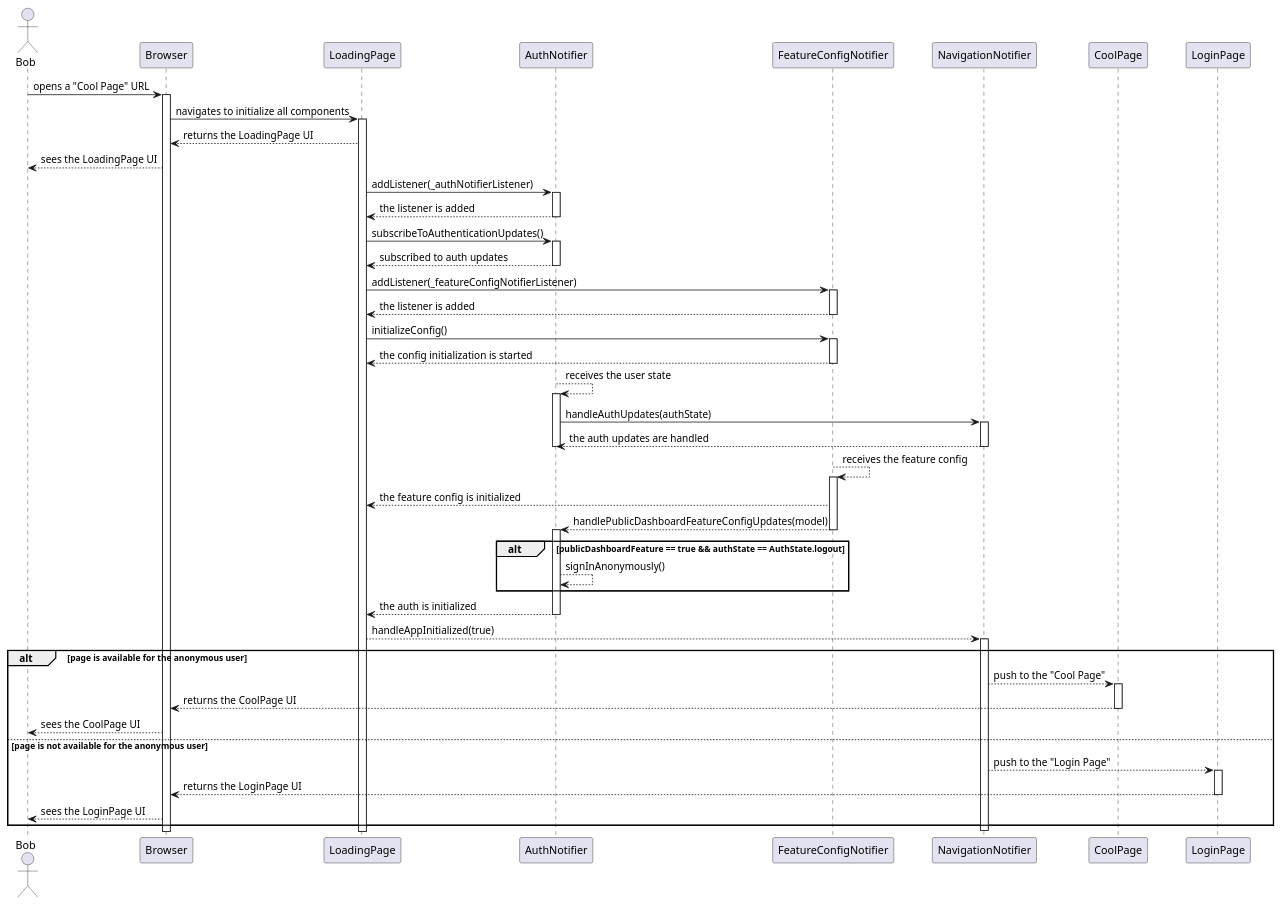
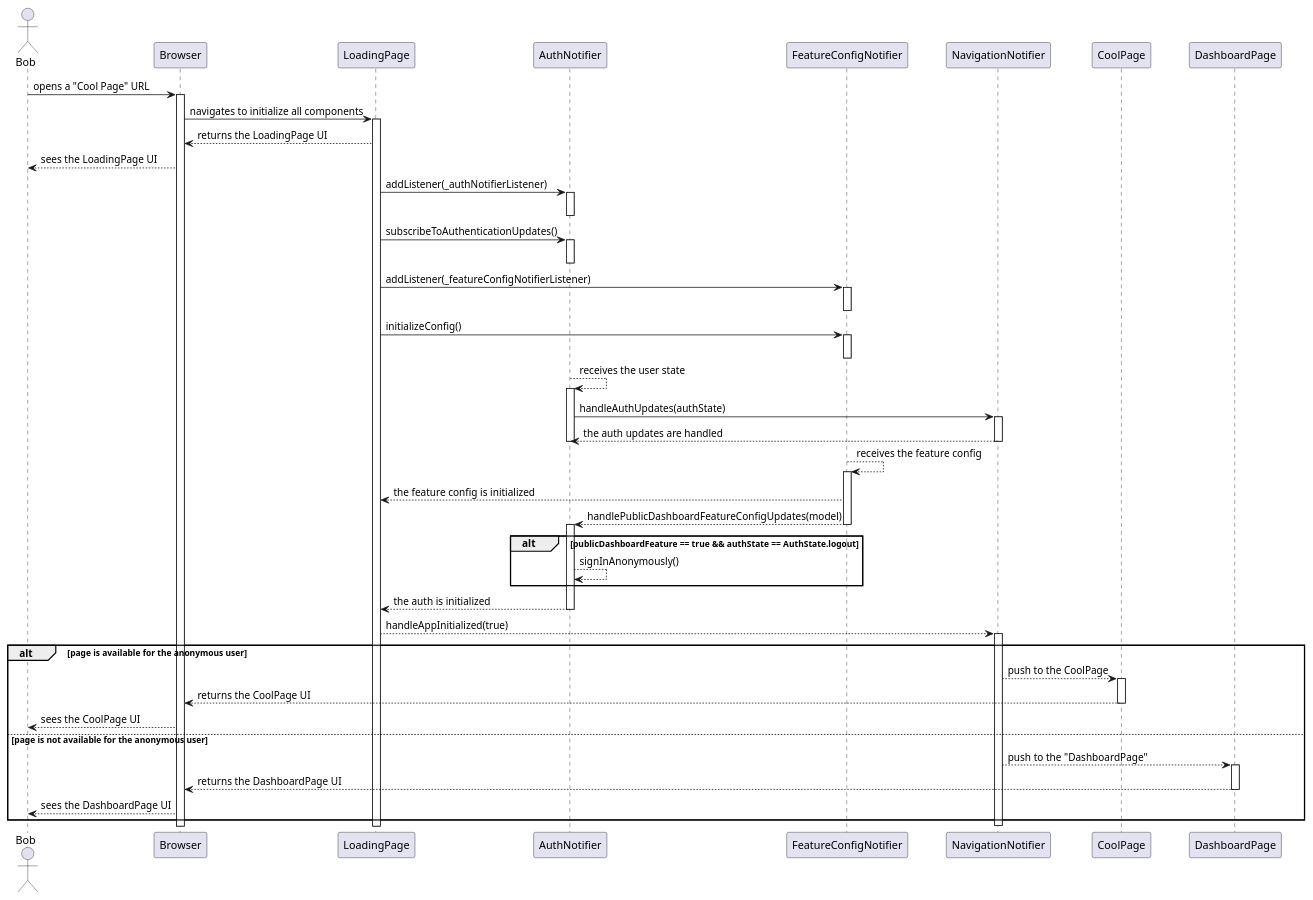
Before and after one commit to Flank/flank-dashboard: the diagram in metrics/web/docs/features/public_dashboard/diagrams/public_dashboard_sequence_diagram.puml, drawn with PlantUML. The commit also changed 3 other files, not shown here.

```diff
--- a/metrics/web/docs/features/public_dashboard/diagrams/public_dashboard_sequence_diagram.puml
+++ b/metrics/web/docs/features/public_dashboard/diagrams/public_dashboard_sequence_diagram.puml
@@ -1,60 +1,59 @@
 @startuml public_dashboard_sequence_diagram
 
 skinparam ParticipantPadding 20
 skinparam BoxPadding 10
 
 actor Bob
 
 participant Browser
 participant LoadingPage
 participant AuthNotifier
 participant FeatureConfigNotifier
 participant NavigationNotifier
 participant CoolPage
-participant LoginPage
+participant DashboardPage
 
 Bob -> Browser ++:  opens a "Cool Page" URL
 Browser -> LoadingPage ++: navigates to initialize all components
 LoadingPage --> Browser: returns the LoadingPage UI
 Browser --> Bob: sees the LoadingPage UI
 
 LoadingPage -> AuthNotifier ++: addListener(_authNotifierListener)
-AuthNotifier --> LoadingPage --: the listener is added
+AuthNotifier --
 LoadingPage -> AuthNotifier ++: subscribeToAuthenticationUpdates()
-AuthNotifier --> LoadingPage --: subscribed to auth updates
-
+AuthNotifier --
 LoadingPage -> FeatureConfigNotifier ++: addListener(_featureConfigNotifierListener)
-FeatureConfigNotifier --> LoadingPage --: the listener is added
+FeatureConfigNotifier --
 LoadingPage -> FeatureConfigNotifier ++: initializeConfig()
-FeatureConfigNotifier --> LoadingPage --: the config initialization is started
+FeatureConfigNotifier --
 
 AuthNotifier --> AuthNotifier ++: receives the user state
 AuthNotifier -> NavigationNotifier ++: handleAuthUpdates(authState)
 NavigationNotifier --> AuthNotifier --: the auth updates are handled
 AuthNotifier --
 
 FeatureConfigNotifier --> FeatureConfigNotifier ++: receives the feature config
 FeatureConfigNotifier --> LoadingPage: the feature config is initialized
 FeatureConfigNotifier --> AuthNotifier --: handlePublicDashboardFeatureConfigUpdates(model)
 AuthNotifier++
 
 alt publicDashboardFeature == true && authState == AuthState.logout
 AuthNotifier --> AuthNotifier: signInAnonymously()
 end
 
 AuthNotifier --> LoadingPage --: the auth is initialized
 LoadingPage --> NavigationNotifier ++: handleAppInitialized(true)
 
 alt page is available for the anonymous user
-NavigationNotifier --> CoolPage ++: push to the "Cool Page"
+NavigationNotifier --> CoolPage ++: push to the CoolPage
 CoolPage --> Browser --: returns the CoolPage UI
 Browser --> Bob: sees the CoolPage UI
 else page is not available for the anonymous user
-NavigationNotifier --> LoginPage ++: push to the "Login Page"
-LoginPage --> Browser --: returns the LoginPage UI
-Browser --> Bob: sees the LoginPage UI
+NavigationNotifier --> DashboardPage ++: push to the "DashboardPage"
+DashboardPage --> Browser --: returns the DashboardPage UI
+Browser --> Bob: sees the DashboardPage UI
 end
 
 NavigationNotifier --
 
 @enduml
```
